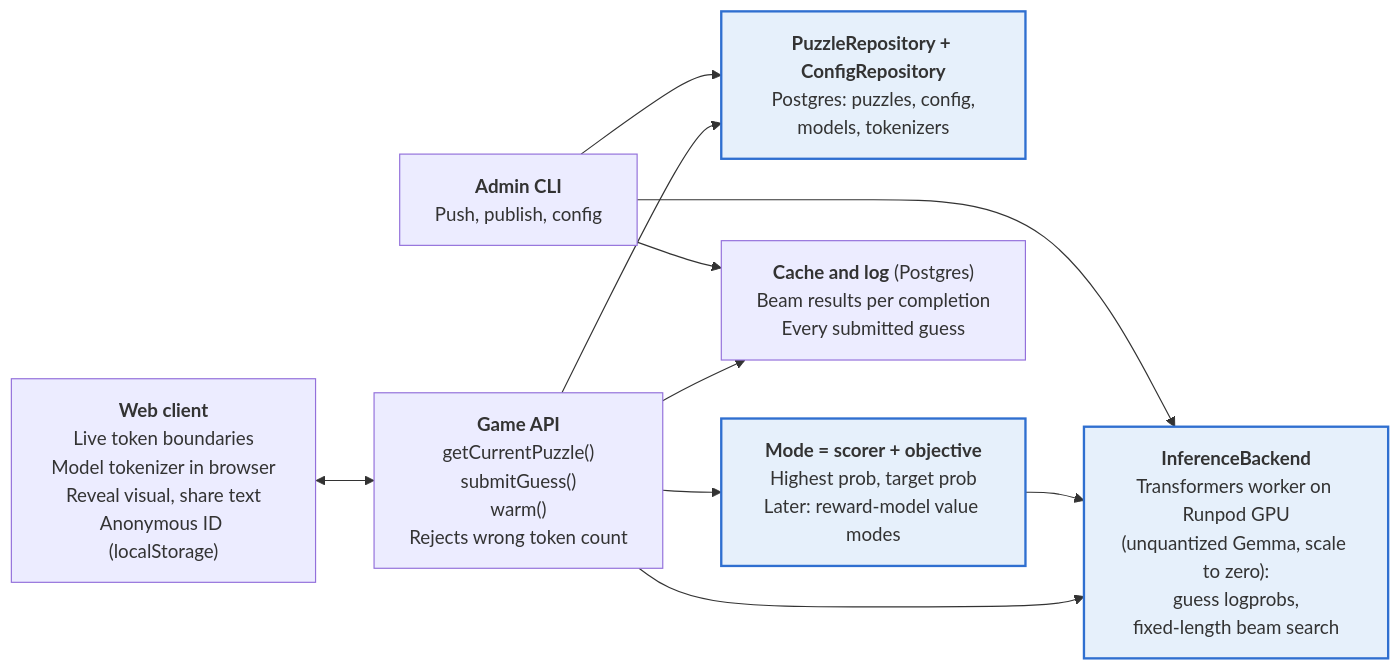
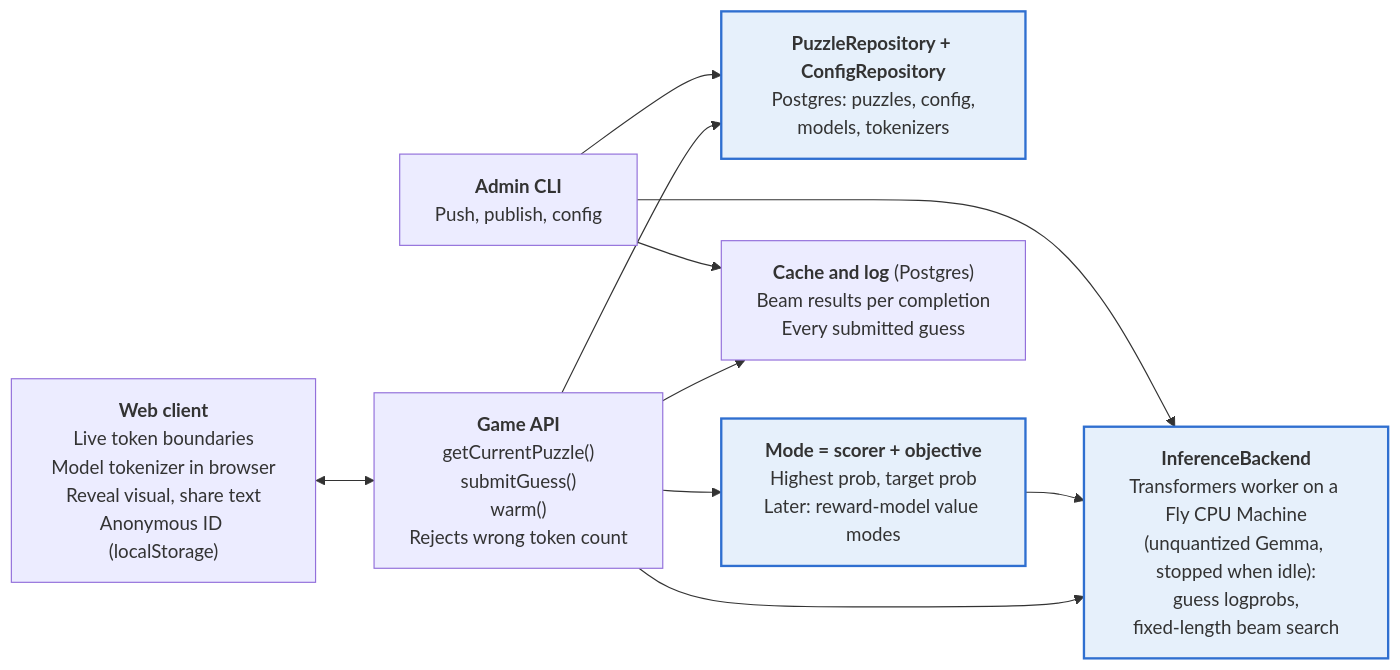
Before and after one commit to griffinteller/clankerdle: the diagram in spec/prd.md, drawn with Mermaid. The commit also changed other lines of this file and 4 other files, not shown here.

````diff
--- a/spec/prd.md
+++ b/spec/prd.md
@@ -116,23 +116,23 @@
 ```mermaid
 flowchart LR
   client["<b>Web client</b><br/>Live token boundaries<br/>Model tokenizer in browser<br/>Reveal visual, share text<br/>Anonymous ID (localStorage)"]
   api["<b>Game API</b><br/>getCurrentPuzzle()<br/>submitGuess()<br/>warm()<br/>Rejects wrong token count"]
   repo["<b>PuzzleRepository + ConfigRepository</b><br/>Postgres: puzzles, config,<br/>models, tokenizers"]
   mode["<b>Mode = scorer + objective</b><br/>Highest prob, target prob<br/>Later: reward-model value modes"]
-  inf["<b>InferenceBackend</b><br/>Transformers worker on Runpod GPU<br/>(unquantized Gemma, scale to zero):<br/>guess logprobs,<br/>fixed-length beam search"]
+  inf["<b>InferenceBackend</b><br/>Transformers worker on a Fly CPU Machine<br/>(unquantized Gemma, stopped when idle):<br/>guess logprobs,<br/>fixed-length beam search"]
   store["<b>Cache and log</b> (Postgres)<br/>Beam results per completion<br/>Every submitted guess"]
   cli["<b>Admin CLI</b><br/>Push, publish, config"]
 
   client <--> api
   api --> repo
   api --> mode
   api --> inf
   api --> store
   mode --> inf
   cli --> repo
   cli --> inf
   cli --> store
 
   classDef iface fill:#e6f0fb,stroke:#2f6fd0,stroke-width:2px
   class repo,mode,inf iface
 ```
````
